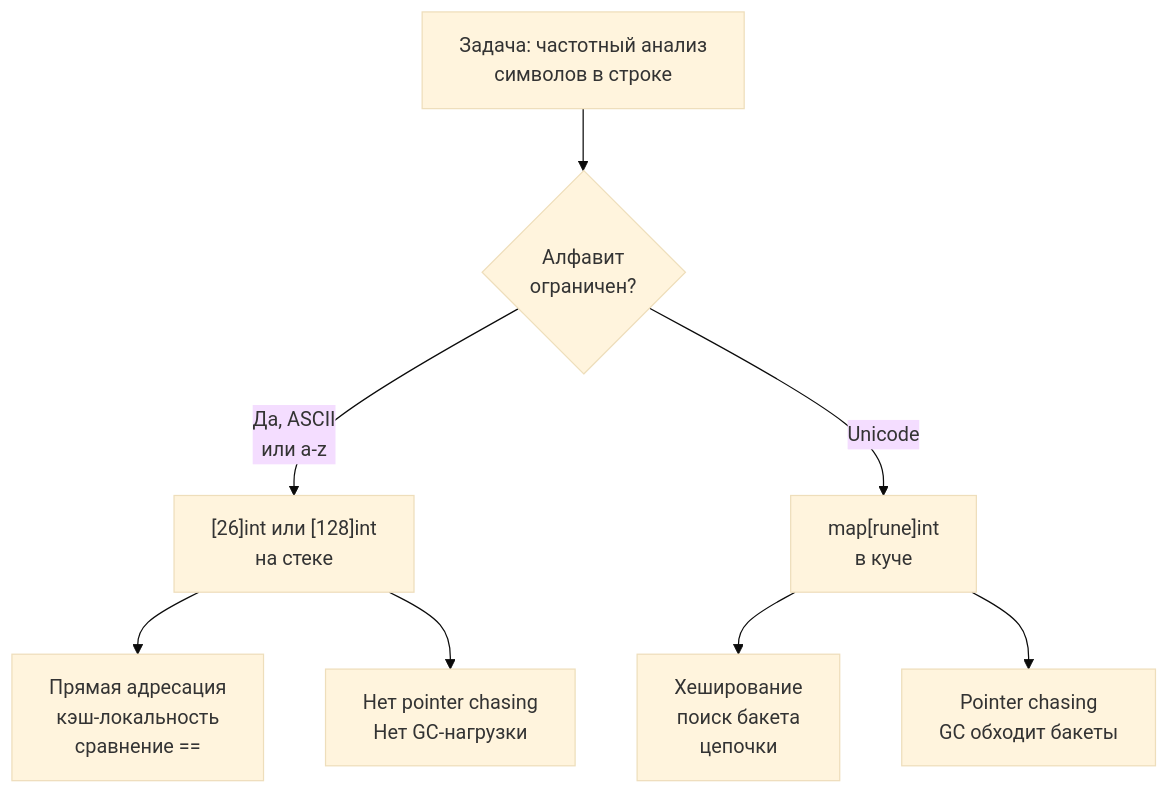
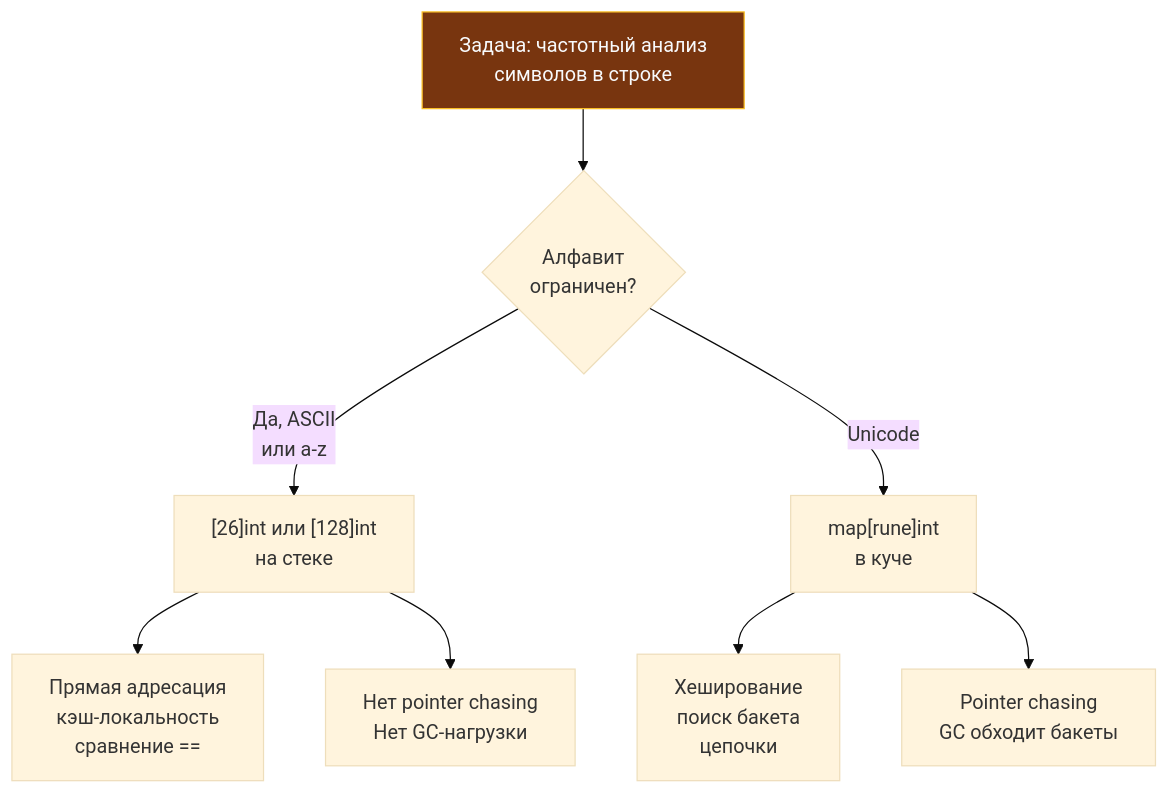
One commit to UnrealTemplier/go-textbook changed the diagram in sources/21. Задачи с LeetCode и собеседований на Go/02. Задачи/01. Массивы и строки/1. Теория. Массивы и строки.md. Above: the diagram before and after it, drawn with Mermaid (base theme). The commit also changed 1666 other files, not shown here.

First line of the commit message:
feat(mermaid): add semantic color classDef to 1369 colorless flowchart/graph diagrams

````diff
--- a/sources/21. Задачи с LeetCode и собеседований на Go/02. Задачи/01. Массивы и строки/1. Теория. Массивы и строки.md
+++ b/sources/21. Задачи с LeetCode и собеседований на Go/02. Задачи/01. Массивы и строки/1. Теория. Массивы и строки.md
@@ -147,12 +147,22 @@
 ```mermaid
 flowchart TD
-    Task["Задача: частотный анализ<br>символов в строке"] --> Decision{"Алфавит<br>ограничен?"}
+    classDef process  fill:#1e293b,stroke:#38bdf8,stroke-width:1px,color:#f8fafc
+    classDef success  fill:#064e3b,stroke:#34d399,stroke-width:1px,color:#f8fafc
+    classDef error    fill:#7f1d1d,stroke:#f87171,stroke-width:1px,color:#f8fafc
+    classDef warning  fill:#78350f,stroke:#fbbf24,stroke-width:1px,color:#f8fafc
+    classDef entry    fill:#1e3a5f,stroke:#38bdf8,stroke-width:2px,color:#f8fafc
+    classDef aux      fill:#334155,stroke:#64748b,stroke-width:1px,color:#f8fafc
+    classDef system   fill:#312e81,stroke:#a78bfa,stroke-width:1px,color:#f8fafc
+    classDef data     fill:#132d29,stroke:#2dd4bf,stroke-width:1px,color:#f8fafc
+    classDef network  fill:#881337,stroke:#fb7185,stroke-width:1px,color:#f8fafc
+    classDef accent   fill:#1e1b4b,stroke:#818cf8,stroke-width:1px,color:#f8fafc
+    Task["Задача: частотный анализ<br>символов в строке"]:::warning --> Decision{"Алфавит<br>ограничен?"}
     Decision -->|"Да, ASCII<br>или a-z"| Array["[26]int или [128]int<br>на стеке"]
     Decision -->|"Unicode"| Map["map[rune]int<br>в куче"]
     
     Array --> A1["Прямая адресация<br>кэш-локальность<br>сравнение =="]
     Array --> A2["Нет pointer chasing<br>Нет GC-нагрузки"]
     
     Map --> M1["Хеширование<br>поиск бакета<br>цепочки"]
     Map --> M2["Pointer chasing<br>GC обходит бакеты"]
 ```
````
